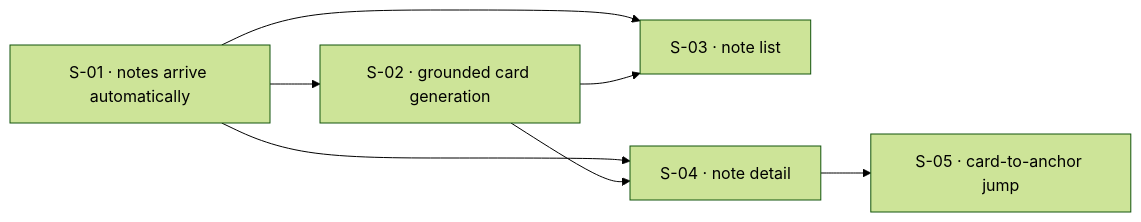
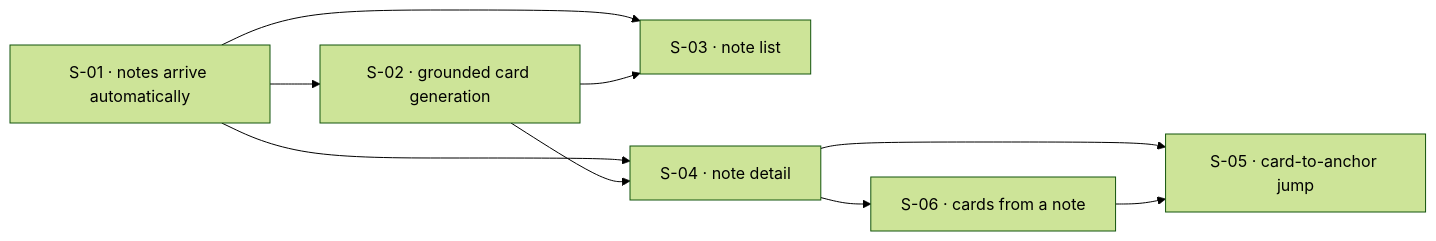
The diagram in context/efforts/distill-flow/roadmap.md (web-lizzard/weles), drawn with Mermaid (forest theme) before and after one commit. The commit also changed other lines of this file and 1 other file, not shown here.

First line of the commit message:
docs(distill-flow): split S-04 into note-detail and note-cards slices

````diff
--- a/context/efforts/distill-flow/roadmap.md
+++ b/context/efforts/distill-flow/roadmap.md
@@ -19,9 +20,11 @@
 ```mermaid
 flowchart LR
   S-01["S-01 · notes arrive automatically"] --> S-02["S-02 · grounded card generation"]
   S-01 --> S-03["S-03 · note list"]
   S-02 --> S-03
   S-01 --> S-04["S-04 · note detail"]
   S-02 --> S-04
+  S-04 --> S-06["S-06 · cards from a note"]
   S-04 --> S-05["S-05 · card-to-anchor jump"]
+  S-06 --> S-05
 ```
````
